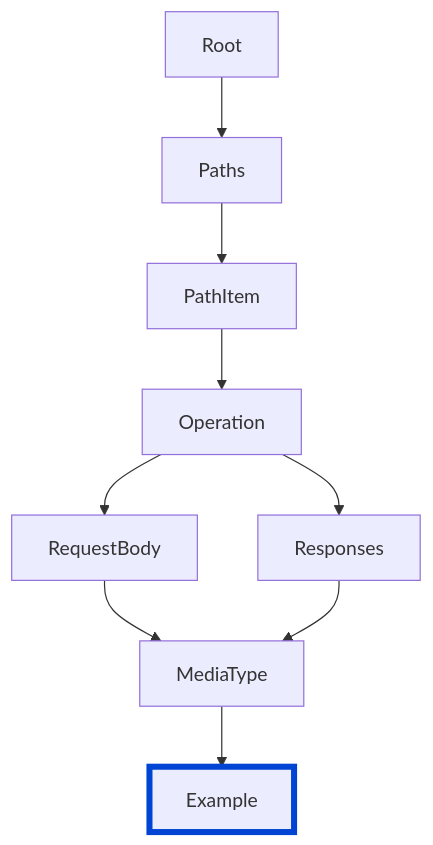
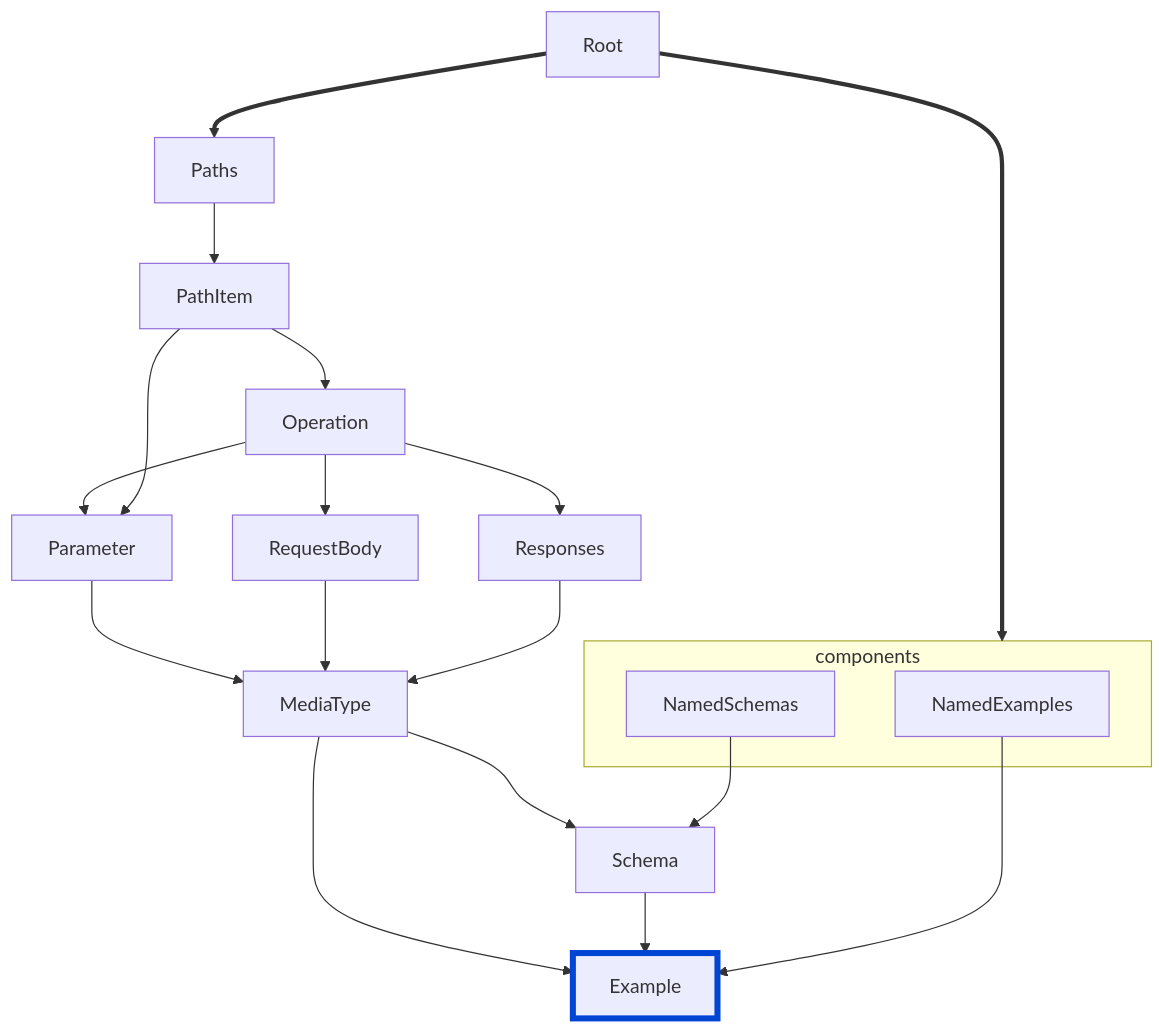
One commit to Redocly/redocly-cli changed the diagram in docs/@v2/rules/oas/spec-example-values.md. Above: the diagram before and after it, drawn with Mermaid. The commit also changed 10 other files, not shown here.

Commit message:
update changeset, naming, and diagrams

````diff
--- a/docs/@v2/rules/oas/spec-example-values.md
+++ b/docs/@v2/rules/oas/spec-example-values.md
@@ -16,8 +16,20 @@
 ```mermaid
 flowchart TD
 
-Root --> Paths --> PathItem --> Operation --> RequestBody --> MediaType --> Example
+Root ==> Paths --> PathItem --> Operation --> Parameter --> MediaType
+PathItem --> Parameter
+Operation --> RequestBody --> MediaType --> Example
 Operation --> Responses --> MediaType
+MediaType --> Schema --> Example
+NamedExamples --> Example
+NamedSchemas --> Schema
+Root ==> components
+
+subgraph components
+NamedExamples
+NamedSchemas
+end
+
 style Example fill:#codaf9,stroke:#0044d4,stroke-width:5px
 
 ```
````
